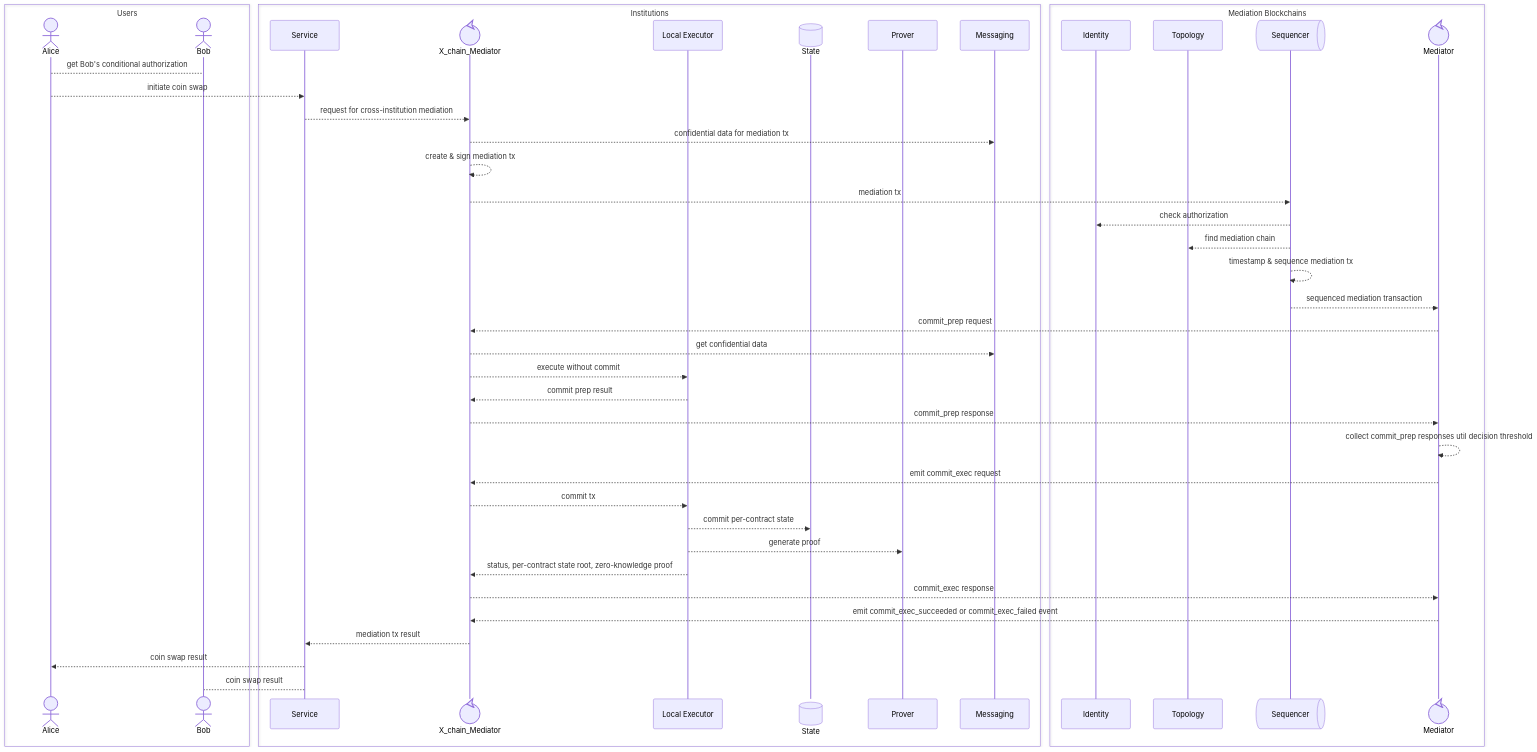
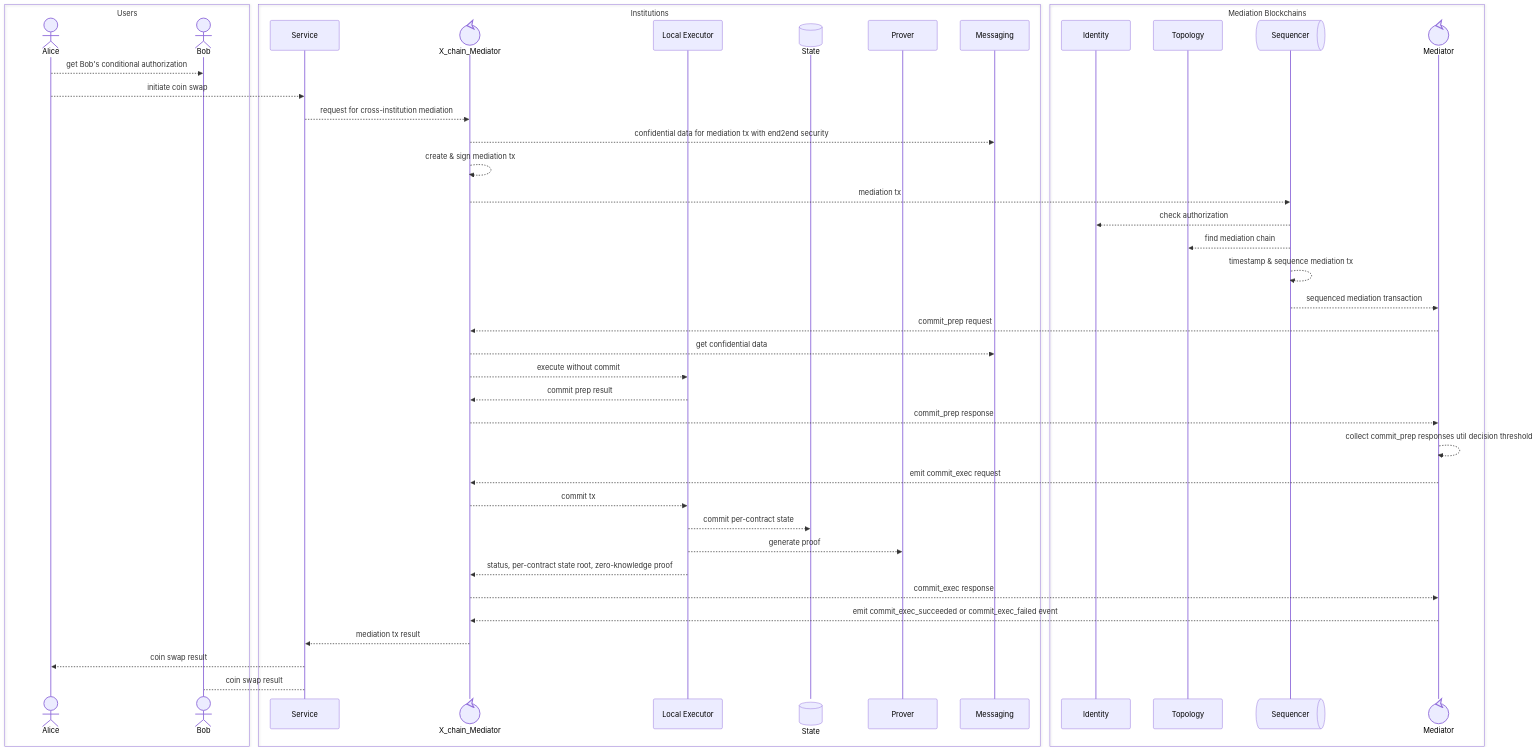
Before and after one commit to PDXbaap/design: the diagram in finance_architecture.md, drawn with Mermaid.

````diff
--- a/finance_architecture.md
+++ b/finance_architecture.md
@@ -29,47 +29,47 @@
 ```mermaid
 sequenceDiagram
 box Users
 actor Alice
 actor Bob
 end
 box Institutions
 participant Service
 participant X_chain_Mediator@{"type": "control"}
 participant Local Executor
 participant State@{"type": "database"}
 participant Prover
 participant Messaging
 end
 box Mediation Blockchains
 participant Identity
 participant Topology
 participant Sequencer@{"type": "queue"}
 participant Mediator@{"type": "control"}
 end
-Alice --> Bob: get Bob's conditional authorization
+Alice -->> Bob: get Bob's conditional authorization
 Alice -->> Service: initiate coin swap
 Service -->> X_chain_Mediator: request for cross-institution mediation
-X_chain_Mediator -->> Messaging: confidential data for mediation tx
+X_chain_Mediator -->> Messaging: confidential data for mediation tx with end2end security
 X_chain_Mediator -->> X_chain_Mediator: create & sign mediation tx
 X_chain_Mediator -->> Sequencer: mediation tx
 Sequencer -->> Identity: check authorization
 Sequencer -->> Topology: find mediation chain
 Sequencer -->> Sequencer: timestamp & sequence mediation tx
 Sequencer -->> Mediator: sequenced mediation transaction
 Mediator -->> X_chain_Mediator: commit_prep request
 X_chain_Mediator -->> Messaging: get confidential data
 X_chain_Mediator -->> Local Executor: execute without commit
 Local Executor -->> X_chain_Mediator: commit prep result
 X_chain_Mediator -->> Mediator: commit_prep response
 Mediator -->> Mediator: collect commit_prep responses util decision threshold
 Mediator -->> X_chain_Mediator: emit commit_exec request
 X_chain_Mediator -->> Local Executor: commit tx
 Local Executor -->> State: commit per-contract state
 Local Executor -->> Prover: generate proof
 Local Executor -->> X_chain_Mediator: status, per-contract state root, zero-knowledge proof
 X_chain_Mediator -->> Mediator: commit_exec response
 Mediator -->> X_chain_Mediator: emit commit_exec_succeeded or commit_exec_failed event
 X_chain_Mediator -->> Service: mediation tx result
 Service -->> Alice: coin swap result
 Service --> Bob: coin swap result
 ```
````
